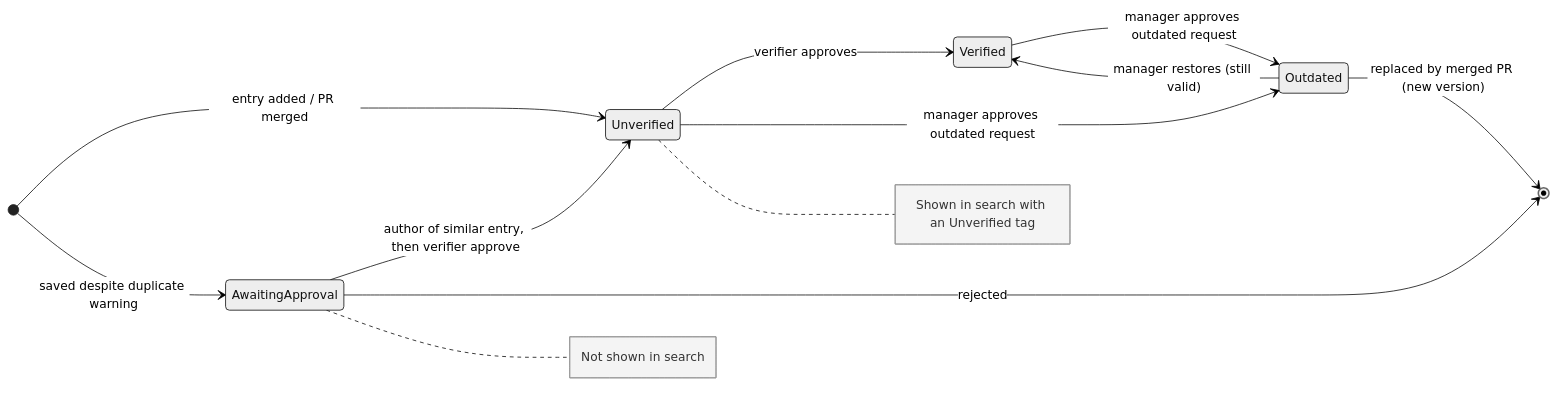
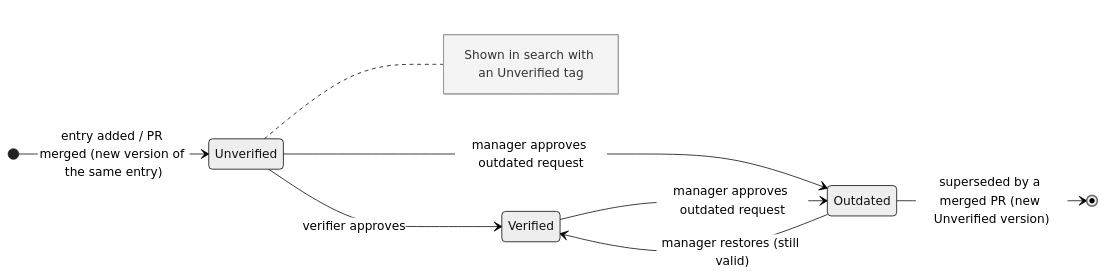
One commit to EgorKorsunskiy/-sdworx--trusted-knowledge-base changed the first of 3 diagrams in README.md. Above: the diagram before and after it, drawn with Mermaid. The commit also changed other lines of this file, not shown here.

````diff
--- a/README.md
+++ b/README.md
@@ -45,20 +97,14 @@
 ```mermaid
 %%{init: {"theme": "neutral", "themeVariables": {"clusterBkg": "transparent", "noteBkgColor": "#f4f4f4", "noteBorderColor": "#999999", "noteTextColor": "#333333"}}}%%
 stateDiagram-v2
     direction LR
-    [*] --> Unverified: entry added / PR merged
-    [*] --> AwaitingApproval: saved despite duplicate warning
-    AwaitingApproval --> Unverified: author of similar entry, then verifier approve
-    AwaitingApproval --> [*]: rejected
+    [*] --> Unverified: entry added / PR merged (new version of the same entry)
     Unverified --> Verified: verifier approves
     Unverified --> Outdated: manager approves outdated request
     Verified --> Outdated: manager approves outdated request
     Outdated --> Verified: manager restores (still valid)
-    Outdated --> [*]: replaced by merged PR (new version)
-    note right of AwaitingApproval
-        Not shown in search
-    end note
+    Outdated --> [*]: superseded by a merged PR (new Unverified version)
     note right of Unverified
         Shown in search with an Unverified tag
     end note
 ```
````
